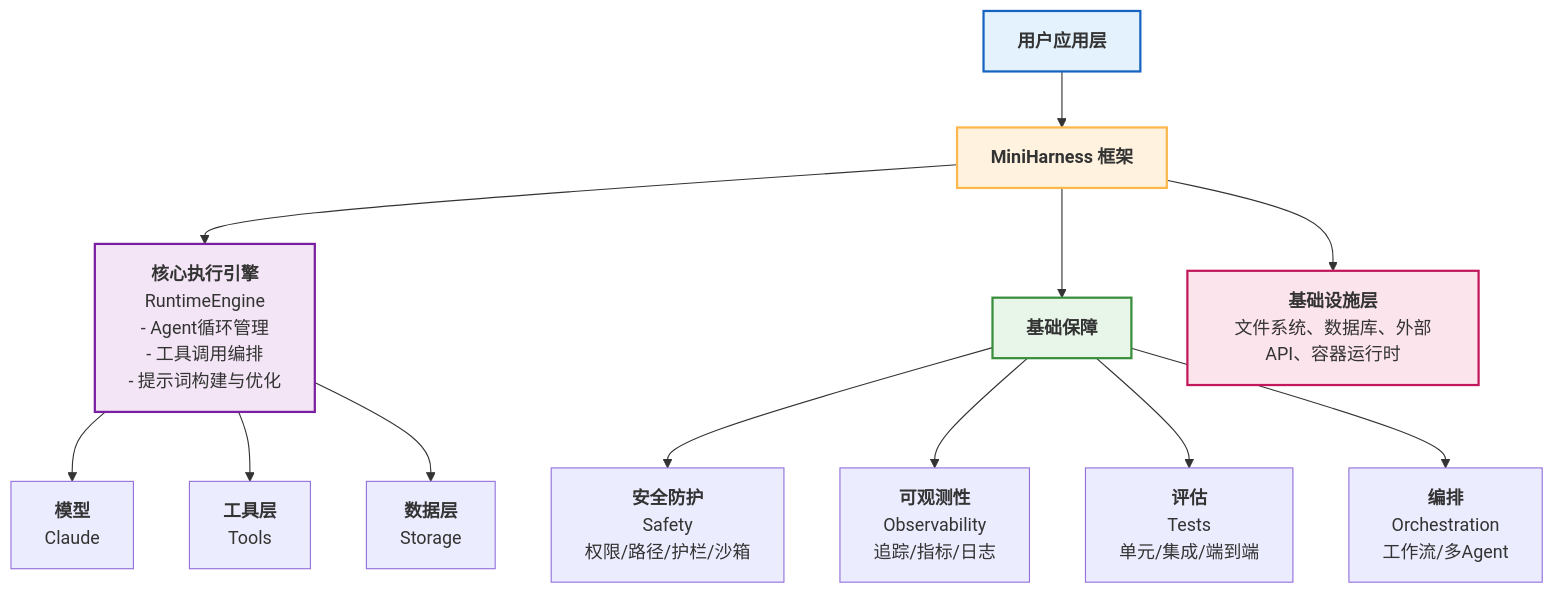
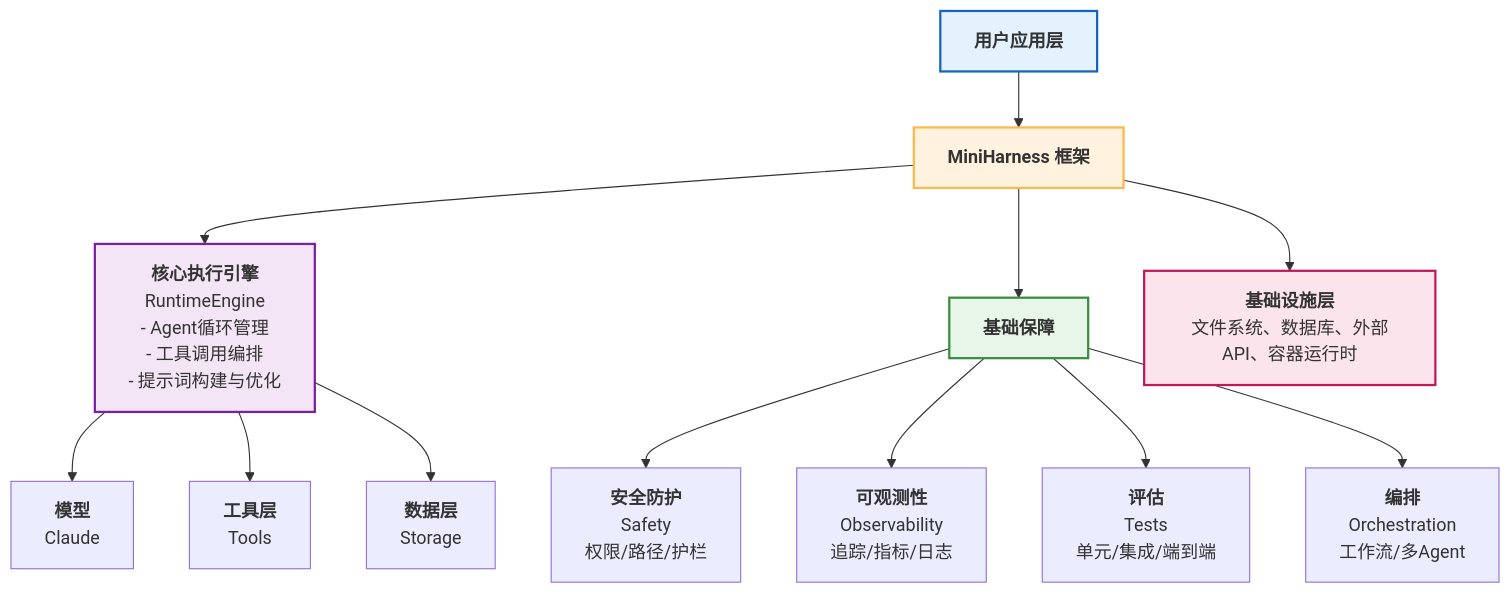
The third of 3 diagrams in appendix/miniharness_index.md (yeasy/harness_engineering_guide), drawn with Mermaid before and after one commit. The commit also changed other lines of this file and 7 other files, not shown here.

````diff
--- a/appendix/miniharness_index.md
+++ b/appendix/miniharness_index.md
@@ -462,25 +462,25 @@
 ```mermaid
 graph TD
     A["<b>用户应用层</b>"] --> B["<b>MiniHarness 框架</b>"]
 
     B --> C["<b>核心执行引擎</b><br/>RuntimeEngine<br/>- Agent循环管理<br/>- 工具调用编排<br/>- 提示词构建与优化"]
 
     C --> D["<b>模型</b><br/>Claude"]
     C --> E["<b>工具层</b><br/>Tools"]
     C --> F["<b>数据层</b><br/>Storage"]
 
     B --> G["<b>基础保障</b>"]
 
-    G --> G1["<b>安全防护</b><br/>Safety<br/>权限/路径/护栏/沙箱"]
+    G --> G1["<b>安全防护</b><br/>Safety<br/>权限/路径/护栏"]
     G --> G2["<b>可观测性</b><br/>Observability<br/>追踪/指标/日志"]
     G --> G3["<b>评估</b><br/>Tests<br/>单元/集成/端到端"]
     G --> G4["<b>编排</b><br/>Orchestration<br/>工作流/多Agent"]
 
     B --> H["<b>基础设施层</b><br/>文件系统、数据库、外部API、容器运行时"]
 
     style A fill:#e3f2fd,stroke:#1565c0,stroke-width:2px
     style B fill:#fff3e0,stroke:#ffb74d,stroke-width:2px
     style C fill:#f3e5f5,stroke:#7b1fa2,stroke-width:2px
     style G fill:#e8f5e9,stroke:#388e3c,stroke-width:2px
     style H fill:#fce4ec,stroke:#c2185b,stroke-width:2px
 ```
````
